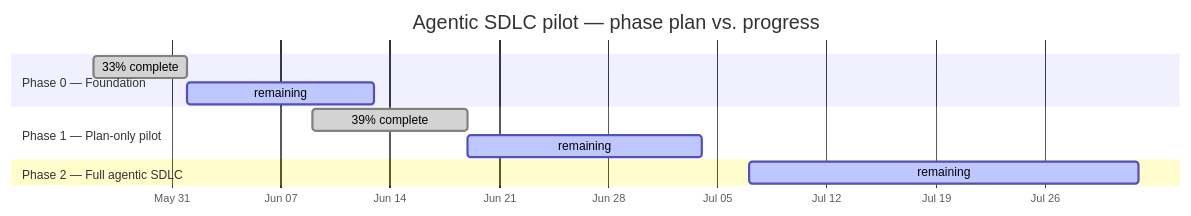
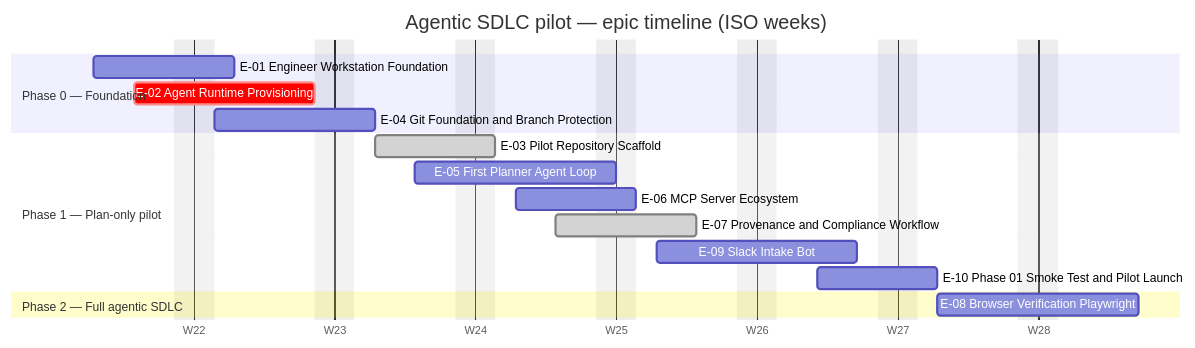
The first of 2 diagrams in DASHBOARD.md (carloshumbertoreyesortiz/agentic-sdlc-pilot), drawn with Mermaid before and after one commit. The commit also changed other lines of this file and 3 other files, not shown here.

First line of the commit message:
feat(dashboard): KPI dashboard v2 — epic timelines, velocity, weekly activity (US-048) (#72)

````diff
--- a/DASHBOARD.md
+++ b/DASHBOARD.md
@@ -19,15 +27,21 @@
 ```mermaid
 gantt
-    title Agentic SDLC pilot — phase plan vs. progress
+    title Agentic SDLC pilot — epic timeline (ISO weeks)
     dateFormat YYYY-MM-DD
-    axisFormat %b %d
+    axisFormat W%V
+    excludes weekends
     todayMarker stroke-width:3px,stroke:#d93f0b,opacity:0.7
     section Phase 0 — Foundation
-    33% complete :done, Phase0Fod, 2026-05-26, 6d
-    remaining :active, Phase0For, after Phase0Fod, 12d
+    E-01 Engineer Workstation Foundation :E01, 2026-05-26, 2026-06-02
+    E-02 Agent Runtime Provisioning :crit, E02, 2026-05-28, 2026-06-06
+    E-04 Git Foundation and Branch Protection :E04, 2026-06-01, 2026-06-09
     section Phase 1 — Plan-only pilot
-    39% complete :done, Phase1Pld, 2026-06-09, 10d
-    remaining :active, Phase1Plr, after Phase1Pld, 15d
+    E-03 Pilot Repository Scaffold :done, E03, 2026-06-09, 2026-06-15
+    E-05 First Planner Agent Loop :E05, 2026-06-11, 2026-06-21
+    E-06 MCP Server Ecosystem :E06, 2026-06-16, 2026-06-22
+    E-07 Provenance and Compliance Workflow :done, E07, 2026-06-18, 2026-06-25
+    E-09 Slack Intake Bot :E09, 2026-06-23, 2026-07-03
+    E-10 Phase 01 Smoke Test and Pilot Launch :E10, 2026-07-01, 2026-07-07
     section Phase 2 — Full agentic SDLC
-    remaining :active, Phase2Fur, 2026-07-07, 25d
+    E-08 Browser Verification Playwright :E08, 2026-07-07, 2026-07-17
 ```
````
